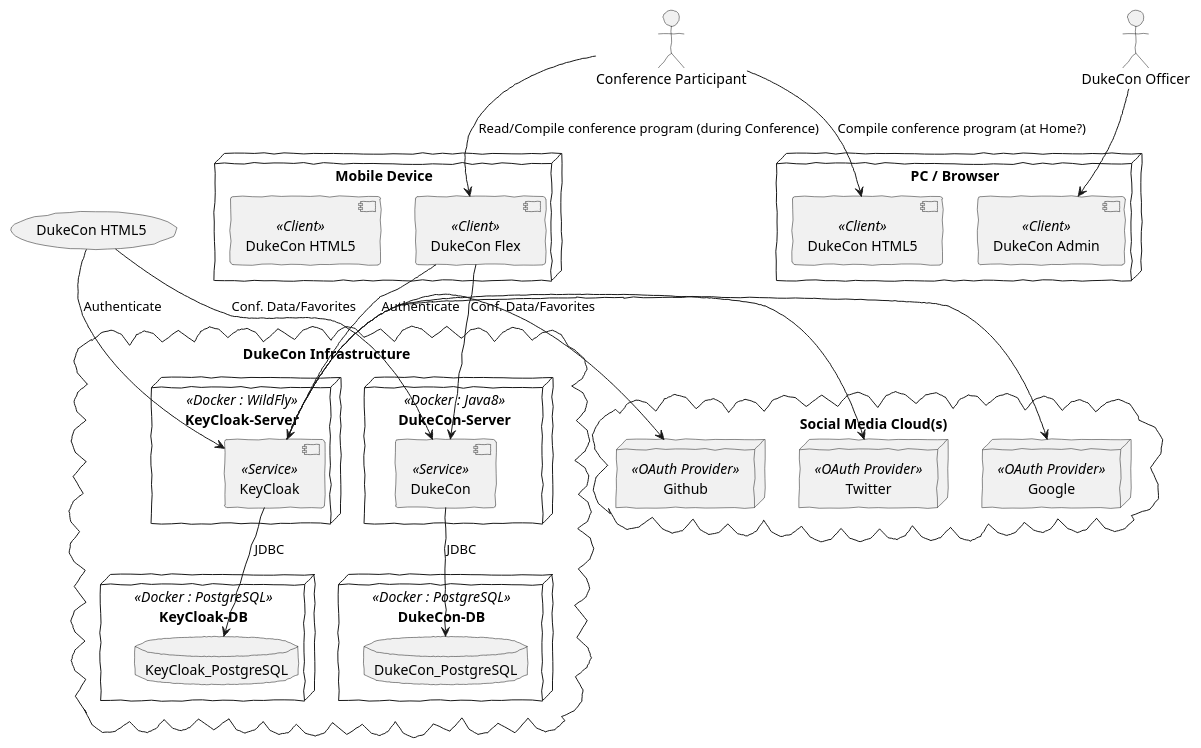
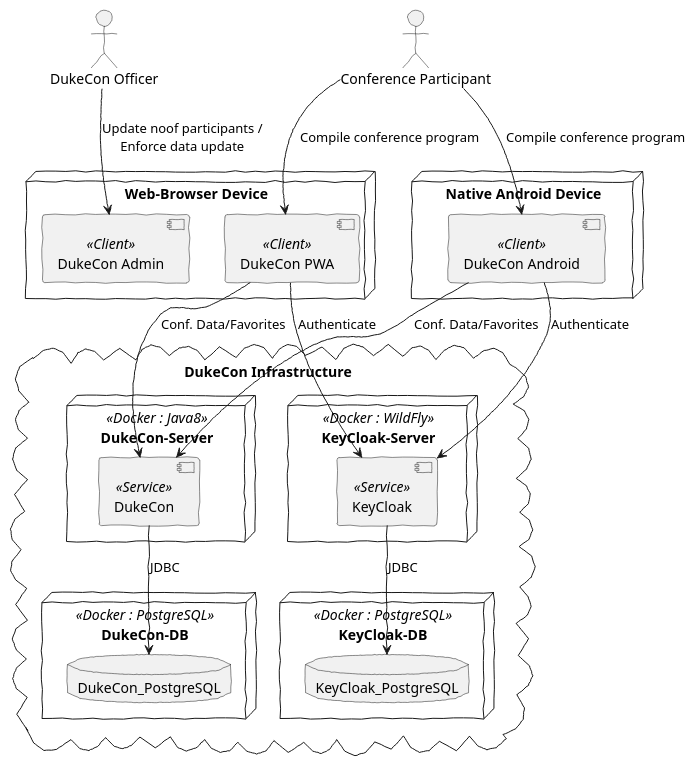
Before and after one commit to dukecon/dukecon: the diagram in src/main/asciidoc/images/dukecon-architecture.puml, drawn with PlantUML.

Commit message:
Current Version (as of Javaland 2018)

```diff
--- a/src/main/asciidoc/images/dukecon-architecture.puml
+++ b/src/main/asciidoc/images/dukecon-architecture.puml
@@ -1,62 +1,47 @@
 @startuml
 skinparam handwritten true
 
 actor :DukeCon Officer:
 actor :Conference Participant:
 
-node "PC / Browser" {
+node "Web-Browser Device" {
     [DukeCon Admin] <<Client>>
-    [DukeCon HTML5] <<Client>> as DukeConHtml5PC
+    [DukeCon PWA] <<Client>> as DukeConPwa
 }
 
-node "Mobile Device" {
-    [DukeCon Flex] <<Client>>
-    [DukeCon HTML5] <<Client>> as DukeConHtml5Mobile
+node "Native Android Device" {
+    [DukeCon Android] <<Client>> as DukeConAndroid
 }
 
 cloud "DukeCon Infrastructure" {
     node DukeCon-Server <<Docker : Java8>> {
         [DukeCon] <<Service>>
     }
 
     node KeyCloak-Server <<Docker : WildFly>> {
         [KeyCloak] <<Service>>
     }
 
     node DukeCon-DB <<Docker : PostgreSQL>> {
         database DukeCon_PostgreSQL
     }
 
     node KeyCloak-DB <<Docker : PostgreSQL>> {
         database KeyCloak_PostgreSQL
     }
     [DukeCon] --> [DukeCon_PostgreSQL] : JDBC
     [KeyCloak] --> [KeyCloak_PostgreSQL] : JDBC
 }
 
-:DukeCon Officer: -down-> (DukeCon Admin)
-:Conference Participant: -down-> DukeConHtml5PC : Compile conference program (at Home?)
-':Conference Participant: -down-> DukeConHtml5PC : Read/Compile conference program (during Conference)
-:Conference Participant: -down-> (DukeCon Flex) : Read/Compile conference program (during Conference)
+:DukeCon Officer: -down-> (DukeCon Admin) : "Update noof participants /\nEnforce data update"
 
-(DukeCon HTML5) -down-> (DukeCon) : Conf. Data/Favorites
-(DukeCon HTML5) -down-> (KeyCloak) : Authenticate
+:Conference Participant: -down-> DukeConAndroid : Compile conference program
+:Conference Participant: -down-> DukeConPwa : Compile conference program
 
-(DukeCon Flex) -down-> (DukeCon) : Conf. Data/Favorites
-(DukeCon Flex) -down-> (KeyCloak) : Authenticate
+(DukeConPwa) -down-> (DukeCon) : Conf. Data/Favorites
+(DukeConPwa) -down-> (KeyCloak) : Authenticate
 
-'(DukeCon Cordova) -down-> (DukeCon) : Conf. Data/Favorites
-'(DukeCon Cordova) -down-> (KeyCloak) : Authenticate
+(DukeConAndroid) -down-> (DukeCon) : Conf. Data/Favorites
+(DukeConAndroid) -down-> (KeyCloak) : Authenticate
 
-cloud "Social Media Cloud(s)" {
-    top to bottom direction
-
-    node Github <<OAuth Provider>>
-    node Google <<OAuth Provider>>
-    node Twitter <<OAuth Provider>>
-}
-
-(KeyCloak) -right-> (Github)
-(KeyCloak) -right-> (Google)
-(KeyCloak) -right-> (Twitter)
 @enduml
```
